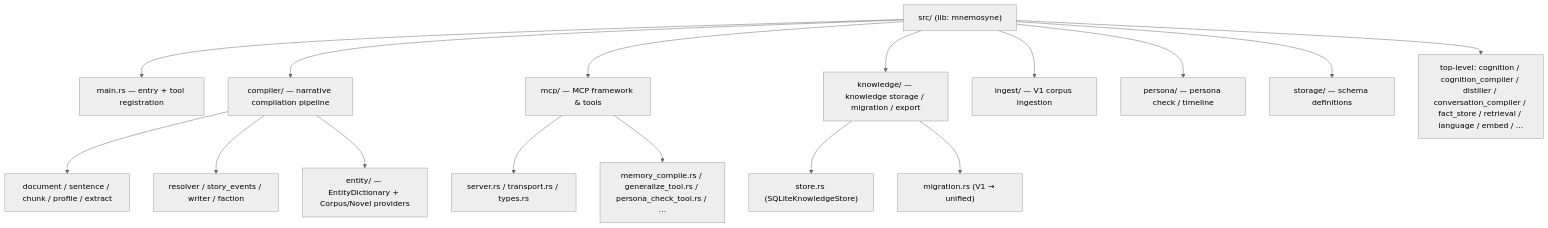
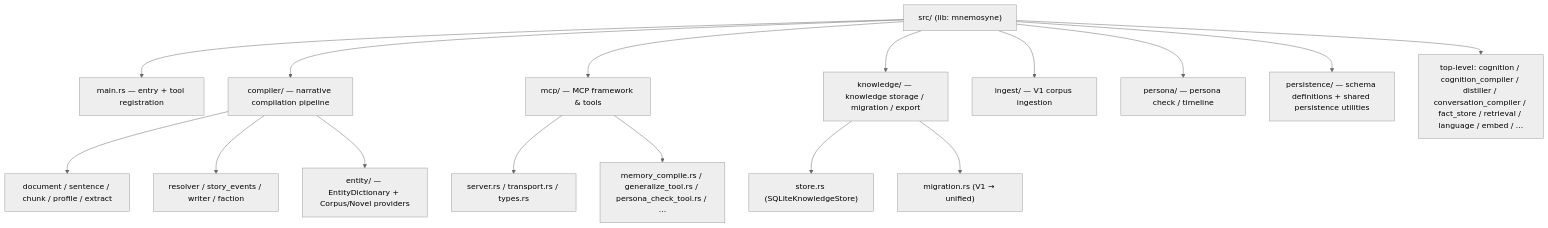
One commit to Timwood0x10/Mnemosyne changed the second of 7 diagrams in docs/en/architecture.md. Above: the diagram before and after it, drawn with Mermaid (neutral theme). The commit also changed 22 other files, not shown here.

Commit message:
refactor (persistence and corpus handling): rename storage to persistence, consolidate inline JSON serialization, fix character name truncation and migration duplicate foreign key failure

````diff
--- a/docs/en/architecture.md
+++ b/docs/en/architecture.md
@@ -69,19 +69,19 @@
 ```mermaid
 graph TD
     A["src/ (lib: mnemosyne)"] --> B["main.rs — entry + tool registration"]
     A --> C["compiler/ — narrative compilation pipeline"]
     A --> D["mcp/ — MCP framework & tools"]
     A --> E["knowledge/ — knowledge storage / migration / export"]
     A --> F["ingest/ — V1 corpus ingestion"]
     A --> H["persona/ — persona check / timeline"]
-    A --> J["storage/ — schema definitions"]
+    A --> J["persistence/ — schema definitions + shared persistence utilities"]
     A --> K["top-level: cognition / cognition_compiler / distiller / conversation_compiler / fact_store / retrieval / language / embed / ..."]
 
     C --> C1["document / sentence / chunk / profile / extract"]
     C --> C2["resolver / story_events / writer / faction"]
     C --> C3["entity/ — EntityDictionary + Corpus/Novel providers"]
     D --> D1["server.rs / transport.rs / types.rs"]
     D --> D2["memory_compile.rs / generalize_tool.rs / persona_check_tool.rs / ..."]
     E --> E1["store.rs (SQLiteKnowledgeStore)"]
     E --> E2["migration.rs (V1 → unified)"]
 ```
````
